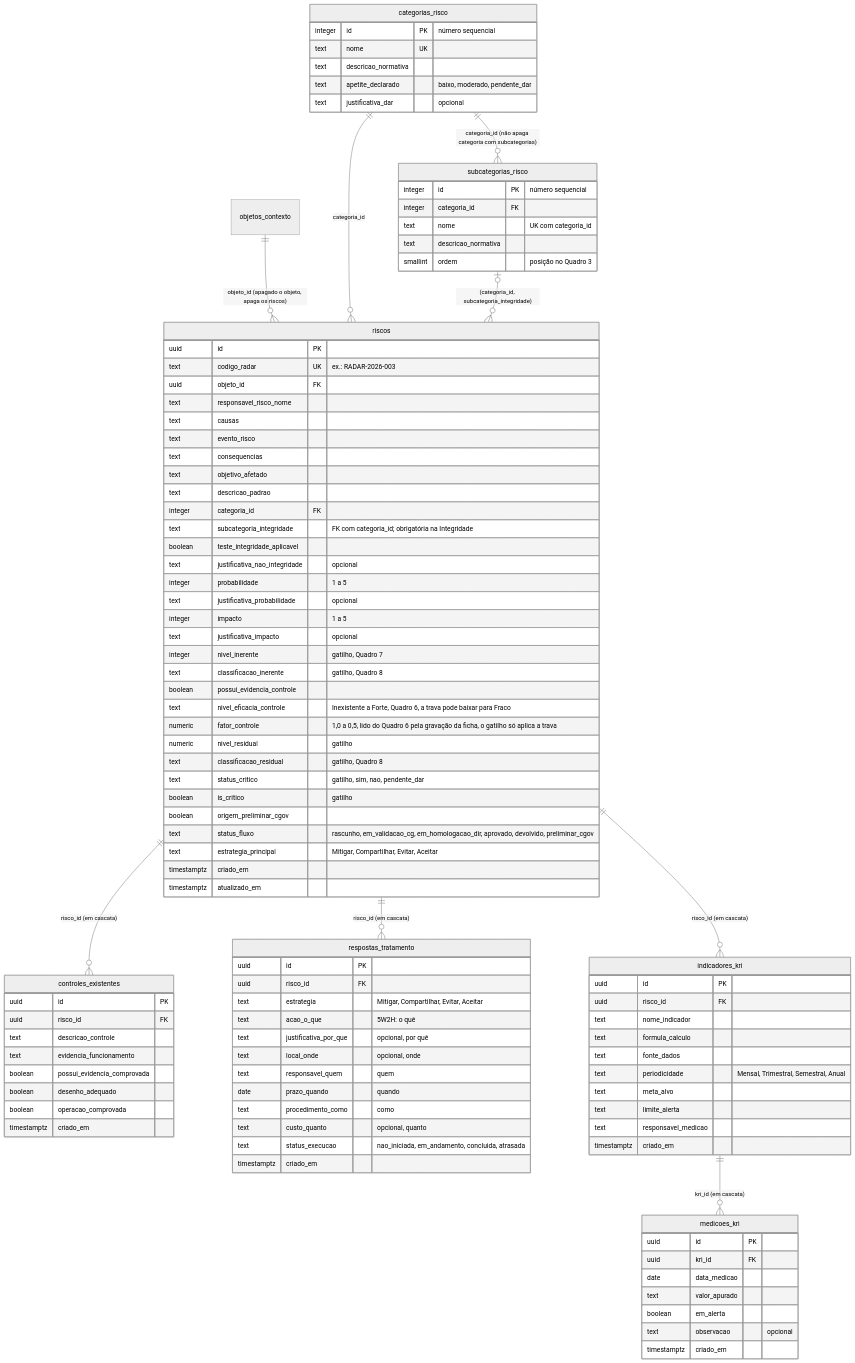
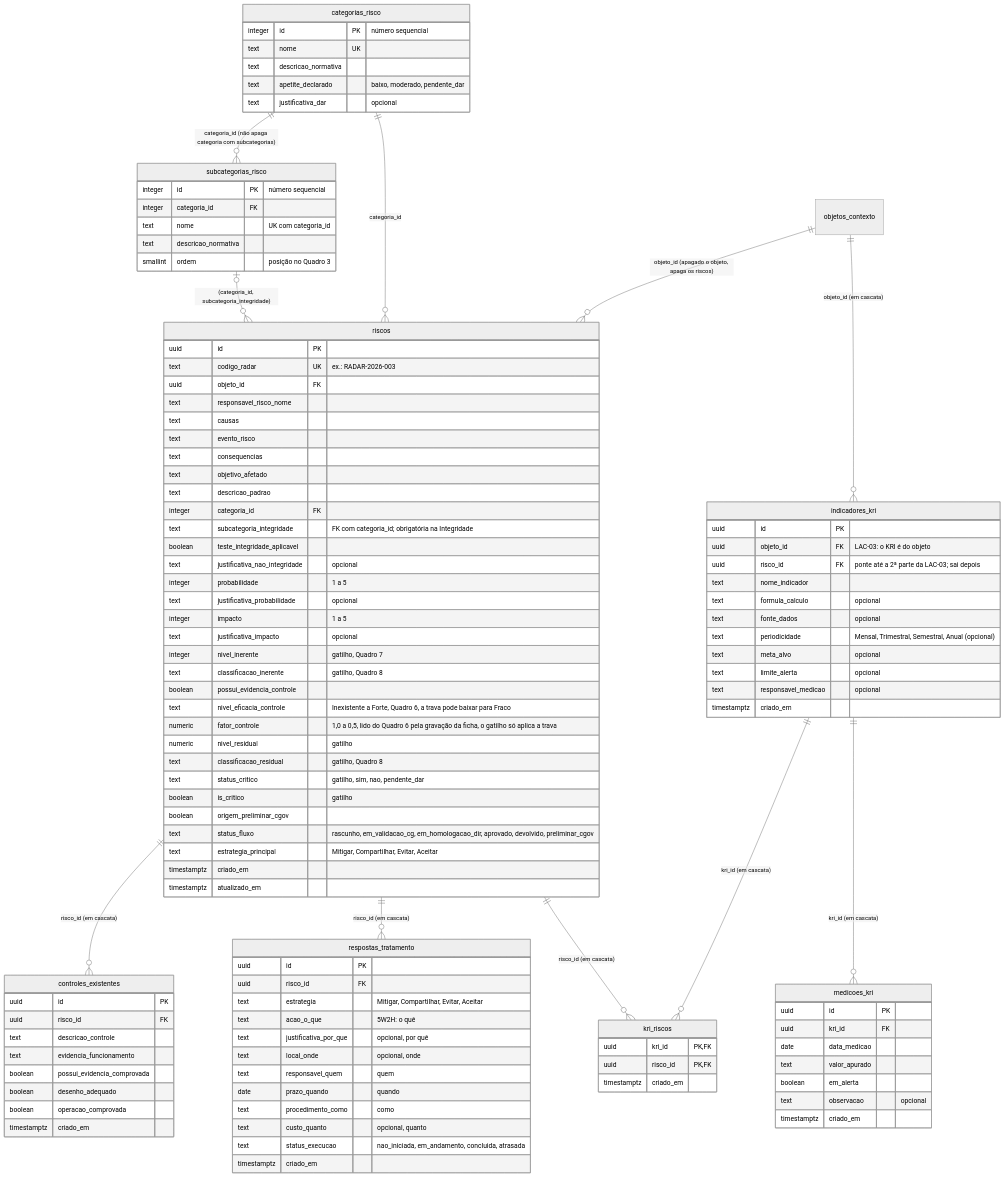
One commit to lpchagas/cgov-riscos changed the second of 3 diagrams in docs/40-nivel4-dados/der-logico.md. Above: the diagram before and after it, drawn with Mermaid (neutral theme). The commit also changed other lines of this file and 5 other files, not shown here.

````diff
--- a/docs/40-nivel4-dados/der-logico.md
+++ b/docs/40-nivel4-dados/der-logico.md
@@ -180,14 +180,20 @@
     }
     indicadores_kri {
         uuid id PK
-        uuid risco_id FK
+        uuid objeto_id FK "LAC-03: o KRI é do objeto"
+        uuid risco_id FK "ponte até a 2ª parte da LAC-03; sai depois"
         text nome_indicador
-        text formula_calculo
-        text fonte_dados
-        text periodicidade "Mensal, Trimestral, Semestral, Anual"
-        text meta_alvo
-        text limite_alerta
-        text responsavel_medicao
+        text formula_calculo "opcional"
+        text fonte_dados "opcional"
+        text periodicidade "Mensal, Trimestral, Semestral, Anual (opcional)"
+        text meta_alvo "opcional"
+        text limite_alerta "opcional"
+        text responsavel_medicao "opcional"
+        timestamptz criado_em
+    }
+    kri_riscos {
+        uuid kri_id PK, FK
+        uuid risco_id PK, FK
         timestamptz criado_em
     }
     medicoes_kri {
@@ -206,6 +212,8 @@
     subcategorias_risco |o--o{ riscos : "(categoria_id, subcategoria_integridade)"
     riscos ||--o{ controles_existentes : "risco_id (em cascata)"
     riscos ||--o{ respostas_tratamento : "risco_id (em cascata)"
-    riscos ||--o{ indicadores_kri : "risco_id (em cascata)"
+    objetos_contexto ||--o{ indicadores_kri : "objeto_id (em cascata)"
+    indicadores_kri ||--o{ kri_riscos : "kri_id (em cascata)"
+    riscos ||--o{ kri_riscos : "risco_id (em cascata)"
     indicadores_kri ||--o{ medicoes_kri : "kri_id (em cascata)"
 ```
````
